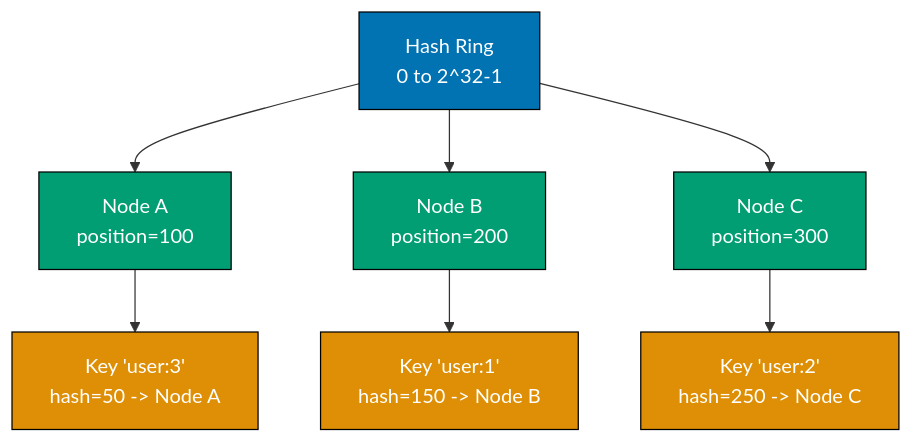
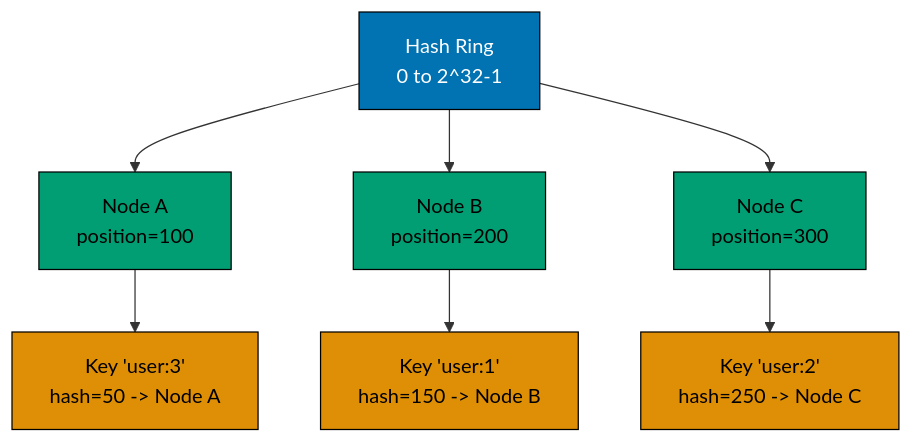
The third of 6 diagrams in apps/ayokoding-www/content/en/learn/legacy/software-engineering/system-design/by-example/intermediate.md (wahidyankf/ose-public), drawn with Mermaid before and after one commit. The commit also changed other lines of this file and 78 other files, not shown here.

First line of the commit message:
fix(mermaid): bring the remaining legacy software-engineering diagrams onto the accessible palette

````diff
--- a/apps/ayokoding-www/content/en/learn/legacy/software-engineering/system-design/by-example/intermediate.md
+++ b/apps/ayokoding-www/content/en/learn/legacy/software-engineering/system-design/by-example/intermediate.md
@@ -1571,21 +1577,24 @@
 ```mermaid
 graph TD
+    accTitle: Example 35: Consistent Hashing Ring
+    accDescr: Graph with 7 nodes and 6 connections. Nodes: Hash Ring 0 to 2^32-1, Node A position=100, Node B position=200, Node C position=300, Key user:1 hash=150 -> Node B, Key user:2 hash=250 -> Node C, Key user:3 hash=50 -> Node A. Connections: Hash Ring 0 to 2^32-1 to Node A position=100, Hash Ring 0 to 2^32-1 to Node B position=200, Hash Ring 0 to 2^32-1 to Node C position=300, Node A position=100 to Key user:3 hash=50 -> Node A, Node B position=200 to Key user:1 hash=150 -> Node B, Node C position=300 to Key user:2 hash=250 -> Node C.
     Ring["Hash Ring<br/>0 to 2^32-1"]:::blue
     N1["Node A<br/>position=100"]:::teal
     N2["Node B<br/>position=200"]:::teal
     N3["Node C<br/>position=300"]:::teal
     K1["Key 'user:1'<br/>hash=150 -> Node B"]:::orange
     K2["Key 'user:2'<br/>hash=250 -> Node C"]:::orange
     K3["Key 'user:3'<br/>hash=50  -> Node A"]:::orange
 
     Ring --> N1
     Ring --> N2
     Ring --> N3
     N1 --> K3
     N2 --> K1
     N3 --> K2
 
-    classDef blue fill:#0173B2,stroke:#000,color:#fff
-    classDef orange fill:#DE8F05,stroke:#000,color:#fff
-    classDef teal fill:#029E73,stroke:#000,color:#fff
+    classDef blue fill:#0173B2,stroke:#000000,color:#FFFFFF
+    classDef orange fill:#DE8F05,stroke:#000000,color:#000000
+    classDef teal fill:#029E73,stroke:#000000,color:#000000
+    classDef default fill:#FFFFFF,stroke:#000000,color:#000000
 ```
````
